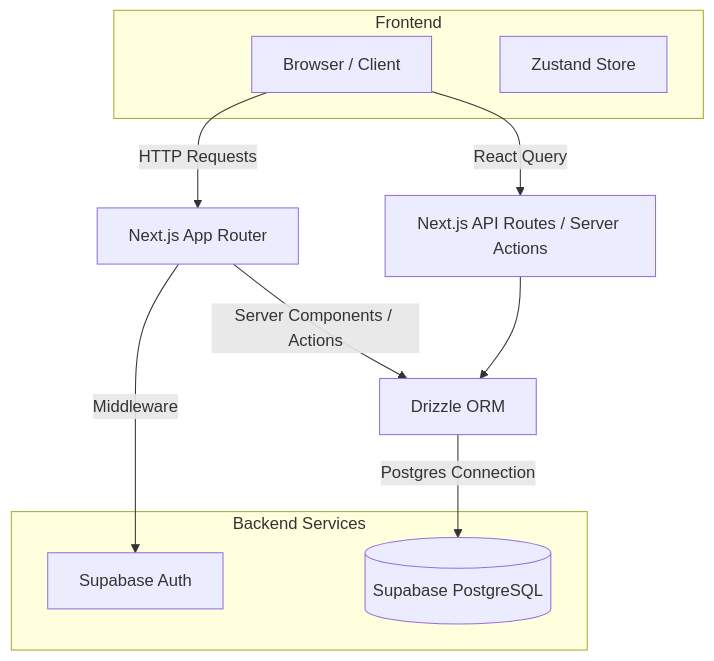
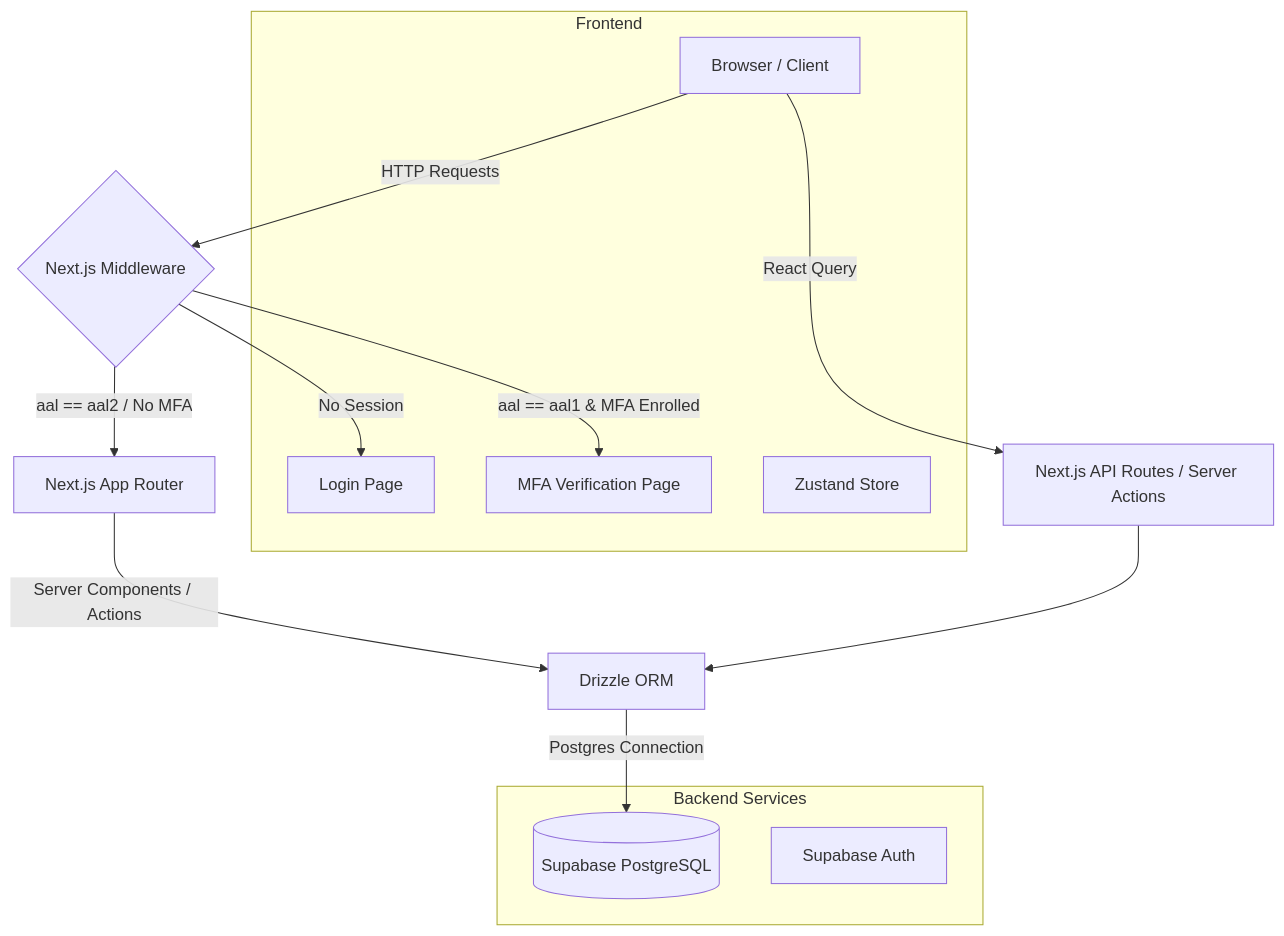
Before and after one commit to bereanadvisorgroup/prestige-box: the diagram in docs/architecture.md, drawn with Mermaid. The commit also changed other lines of this file and 4 other files, not shown here.

````diff
--- a/docs/architecture.md
+++ b/docs/architecture.md
@@ -9,19 +9,23 @@
 ```mermaid
 graph TD
-    Client[Browser / Client] -->|HTTP Requests| NextJS[Next.js App Router]
-    NextJS -->|Middleware| SupabaseAuth[Supabase Auth]
+    Client[Browser / Client] -->|HTTP Requests| Middleware{Next.js Middleware}
+    Middleware -->|No Session| Login[Login Page]
+    Middleware -->|aal == aal1 & MFA Enrolled| MFAVerify[MFA Verification Page]
+    Middleware -->|aal == aal2 / No MFA| NextJS[Next.js App Router]
     NextJS -->|Server Components / Actions| Drizzle[Drizzle ORM]
     Drizzle -->|Postgres Connection| SupabaseDB[(Supabase PostgreSQL)]
     Client -->|React Query| API[Next.js API Routes / Server Actions]
     API --> Drizzle
     
     subgraph Frontend
     Client
     Zustand[Zustand Store]
+    Login
+    MFAVerify
     end
     
     subgraph Backend Services
-    SupabaseAuth
+    SupabaseAuth[Supabase Auth]
     SupabaseDB
     end
 ```
````
